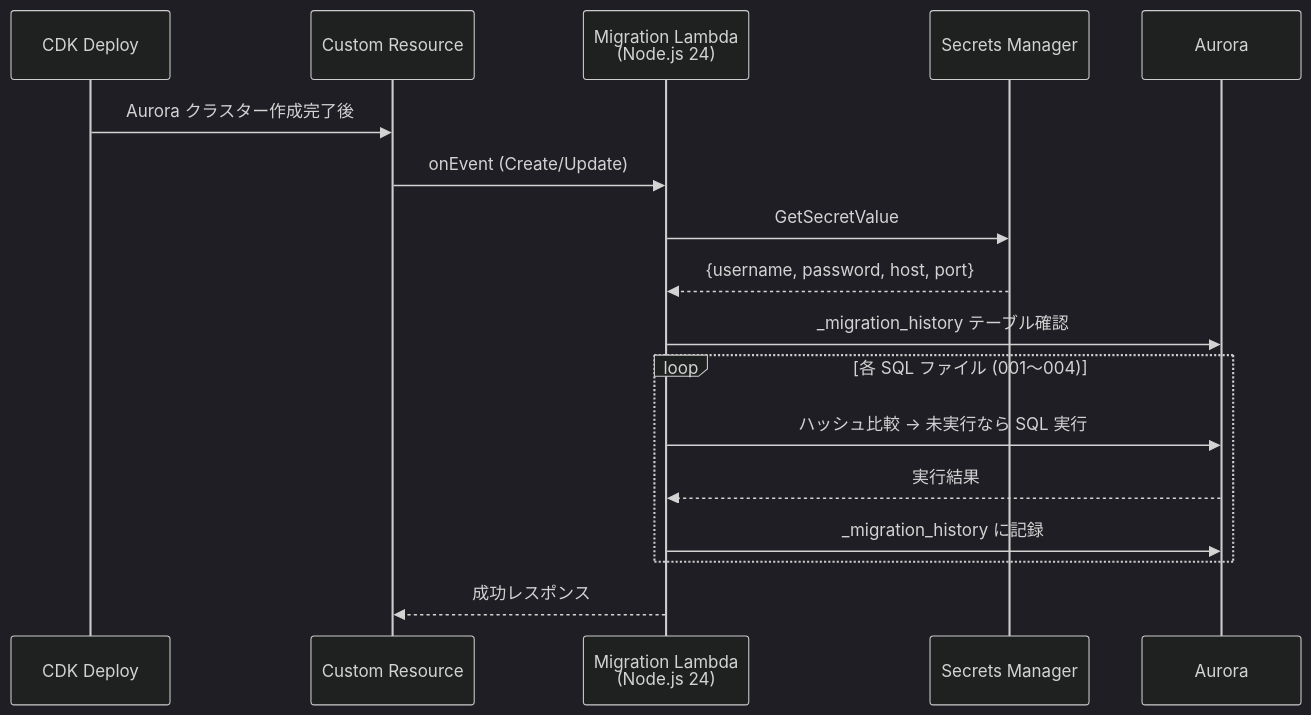
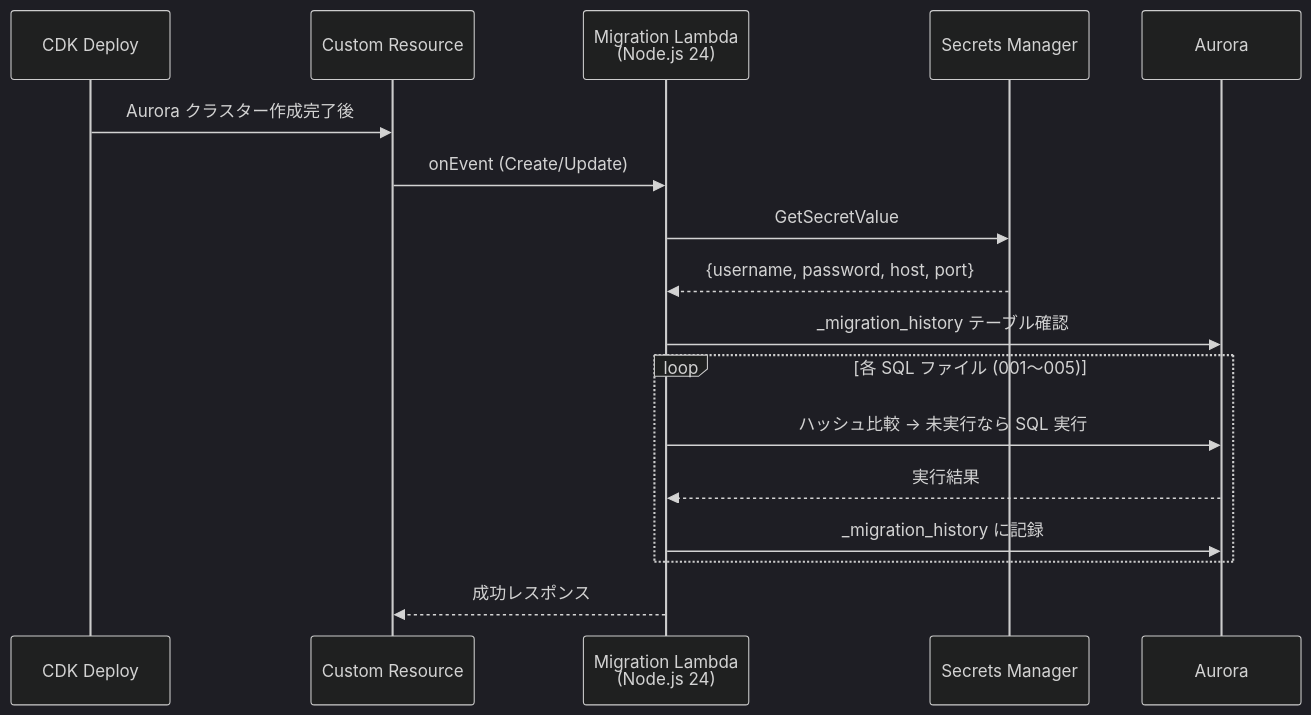
Before and after one commit to sori883/myfriend: the second of 2 diagrams in docs/設計/AWS/データベース.md, drawn with Mermaid (dark theme). The commit also changed other lines of this file and 23 other files, not shown here.

````diff
--- a/docs/設計/AWS/データベース.md
+++ b/docs/設計/AWS/データベース.md
@@ -44,22 +44,22 @@
 ```mermaid
 sequenceDiagram
     participant CDK as CDK Deploy
     participant CR as Custom Resource
     participant MIG as Migration Lambda<br/>(Node.js 24)
     participant SM as Secrets Manager
     participant DB as Aurora
 
     CDK->>CR: Aurora クラスター作成完了後
     CR->>MIG: onEvent (Create/Update)
     MIG->>SM: GetSecretValue
     SM-->>MIG: {username, password, host, port}
     MIG->>DB: _migration_history テーブル確認
 
-    loop 各 SQL ファイル (001〜004)
+    loop 各 SQL ファイル (001〜005)
         MIG->>DB: ハッシュ比較 → 未実行なら SQL 実行
         DB-->>MIG: 実行結果
         MIG->>DB: _migration_history に記録
     end
 
     MIG-->>CR: 成功レスポンス
 ```
````
